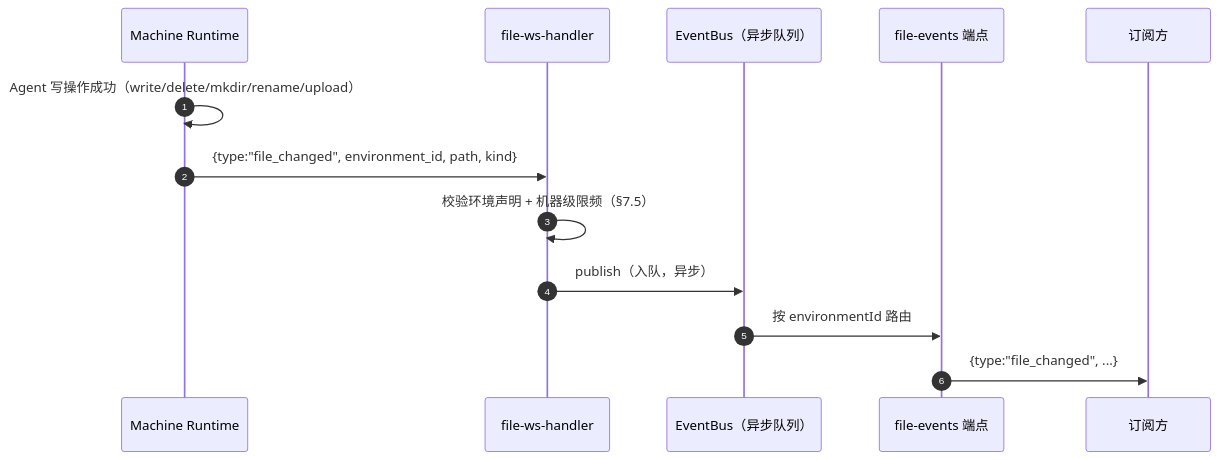
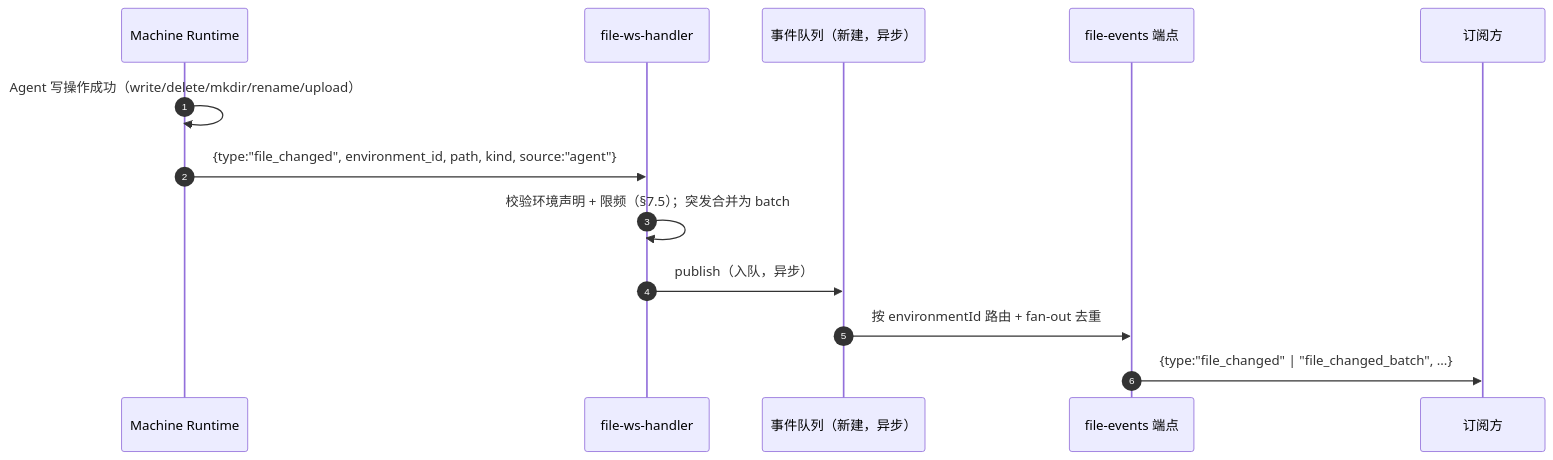
The third of 5 diagrams in docs/arch/12-files.md (HuangPuStar/FenixAgent), drawn with Mermaid before and after one commit. The commit also changed other lines of this file and 2 other files, not shown here.

````diff
--- a/docs/arch/12-files.md
+++ b/docs/arch/12-files.md
@@ -233,16 +255,16 @@
 ```mermaid
 sequenceDiagram
     autonumber
     participant M as Machine Runtime
     participant F as file-ws-handler
-    participant EV as EventBus（异步队列）
+    participant Q as 事件队列（新建，异步）
     participant FE as file-events 端点
     participant C as 订阅方
 
     M->>M: Agent 写操作成功（write/delete/mkdir/rename/upload）
-    M->>F: {type:"file_changed", environment_id, path, kind}
-    F->>F: 校验环境声明 + 机器级限频（§7.5）
-    F->>EV: publish（入队，异步）
-    EV->>FE: 按 environmentId 路由
-    FE->>C: {type:"file_changed", ...}
+    M->>F: {type:"file_changed", environment_id, path, kind, source:"agent"}
+    F->>F: 校验环境声明 + 限频（§7.5）；突发合并为 batch
+    F->>Q: publish（入队，异步）
+    Q->>FE: 按 environmentId 路由 + fan-out 去重
+    FE->>C: {type:"file_changed" | "file_changed_batch", ...}
 ```
````
